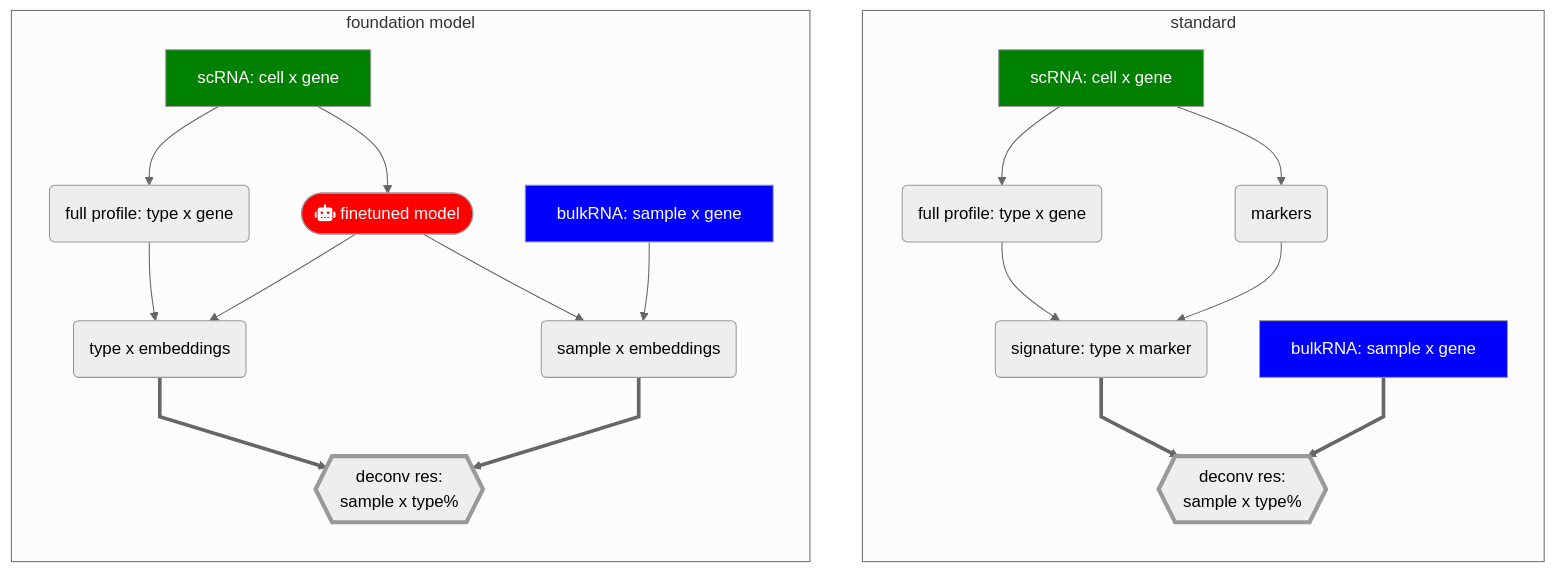
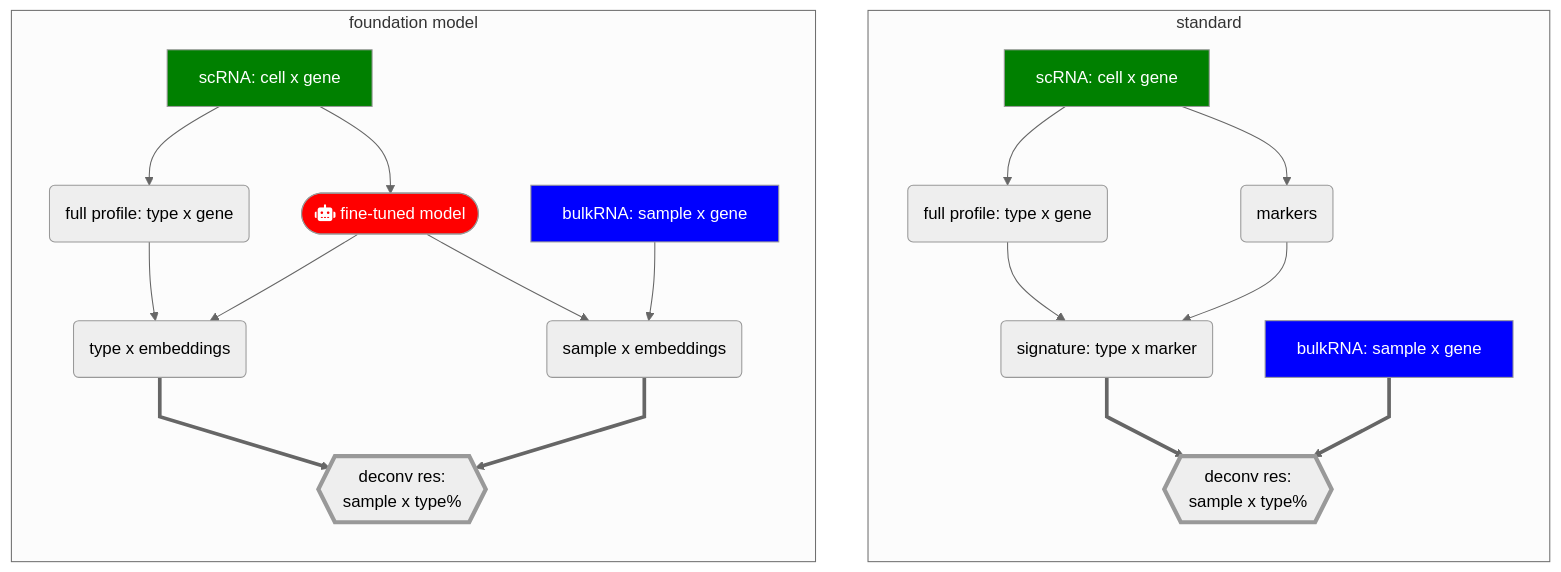
Before and after one commit to Eastmanmd/DECONVersation: the diagram in README.md, drawn with Mermaid. The commit also changed other lines of this file, not shown here.

First line of the commit message:
Clarify model support and installation details in README

````diff
--- a/README.md
+++ b/README.md
@@ -11,42 +11,42 @@
 ```mermaid
 ---
 config:
   theme: 'neutral'
 ---
 flowchart
     subgraph ide1 [standard]
     direction TB 
     A[scRNA: cell x gene] --> B(full profile: type x gene)
     A[scRNA: cell x gene] --> C(markers)
     D[bulkRNA: sample x gene]
     B --> F(signature: type x marker)
     C --> F
     F bb@==> E
     D db@==> E{{deconv res:
     sample x type%}}
     end
     subgraph ide2 [foundation model]
     direction TB
     A1[scRNA: cell x gene] --> B1(full profile: type x gene)
-    A1[scRNA: cell x gene] --> C1([fa:fa-robot finetuned model])
+    A1[scRNA: cell x gene] --> C1([fa:fa-robot fine-tuned model])
     B1 --> F1(type x embeddings)
     C1 --> F1
     D1[bulkRNA: sample x gene] --> G1(sample x embeddings)
     C1 --> G1
     F1 f1b@==> E1{{deconv res:
     sample x type%}}
     G1 g1b@==> E1
     end
 
 bb@{ curve: linear }
 db@{ curve: linear }
 f1b@{ curve: linear }
 g1b@{ curve: linear }
 style A fill:green,color:#fff
 style A1 fill:green,color:#fff
 style D fill:blue,color:#fff
 style D1 fill:blue,color:#fff
 style C1 fill:red,color:#fff
 style E stroke-width:4px
 style E1 stroke-width:4px
 ```
````
